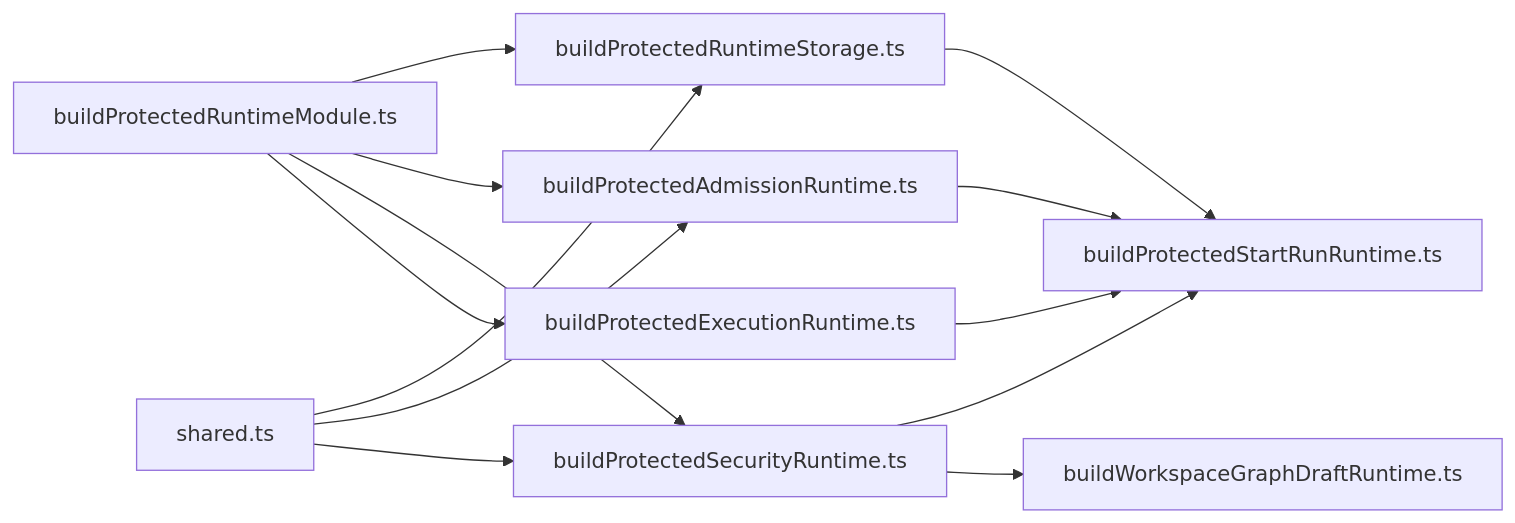
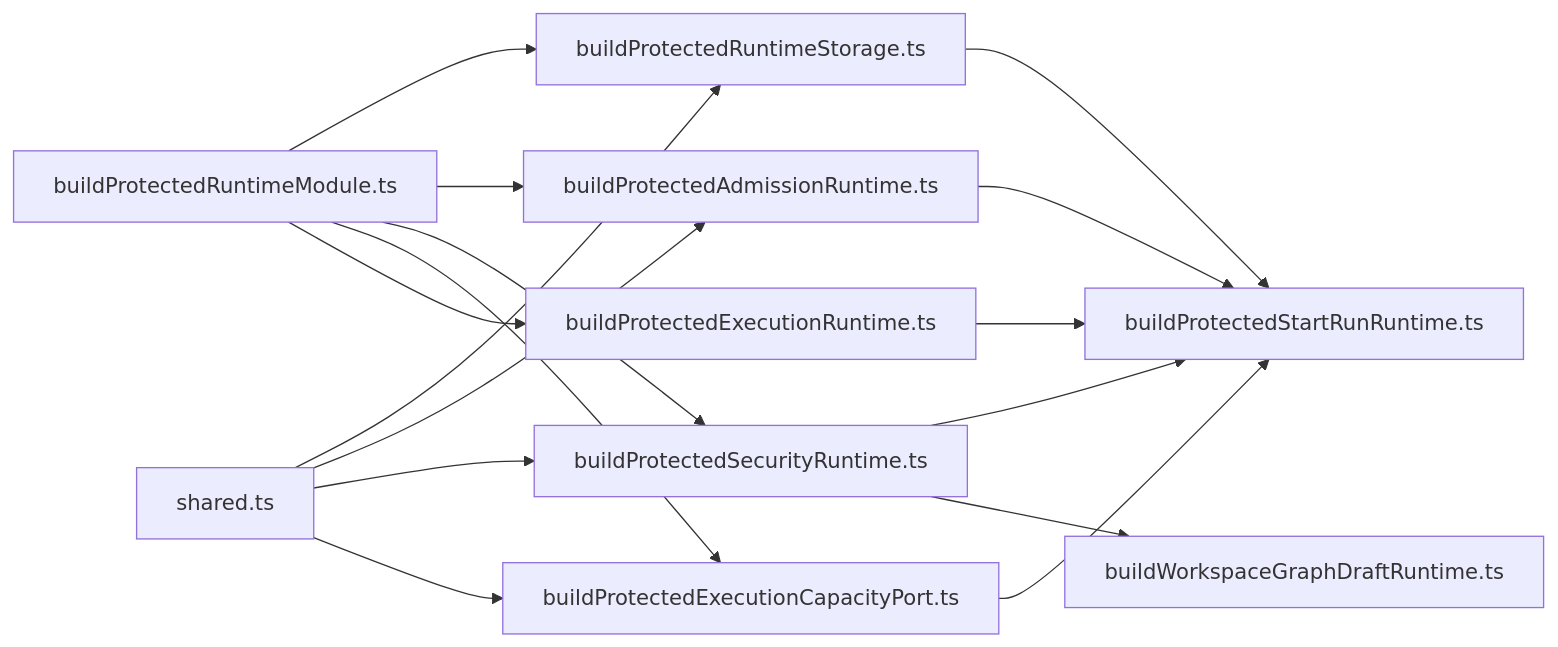
One commit to dunay2/dvt changed the first of 2 diagrams in apps/api/docs/protected-runtime-dependency-builders-component.md. Above: the diagram before and after it, drawn with Mermaid. The commit also changed other lines of this file and 17 other files, not shown here.

Commit message:
feat(api): Bind execution capacity through protected runtime root

````diff
--- a/apps/api/docs/protected-runtime-dependency-builders-component.md
+++ b/apps/api/docs/protected-runtime-dependency-builders-component.md
@@ -88,15 +95,18 @@
 ```mermaid
 flowchart LR
   Root["buildProtectedRuntimeModule.ts"] --> Storage["buildProtectedRuntimeStorage.ts"]
   Root --> Admission["buildProtectedAdmissionRuntime.ts"]
   Root --> Security["buildProtectedSecurityRuntime.ts"]
+  Root --> Capacity["buildProtectedExecutionCapacityPort.ts"]
   Root --> Execution["buildProtectedExecutionRuntime.ts"]
   Shared["shared.ts"] --> Storage
   Shared --> Admission
   Shared --> Security
+  Shared --> Capacity
   Storage --> StartRun["buildProtectedStartRunRuntime.ts"]
   Admission --> StartRun
   Security --> StartRun
+  Capacity --> StartRun
   Execution --> StartRun
   Security --> GraphDraft["buildWorkspaceGraphDraftRuntime.ts"]
 ```
````
